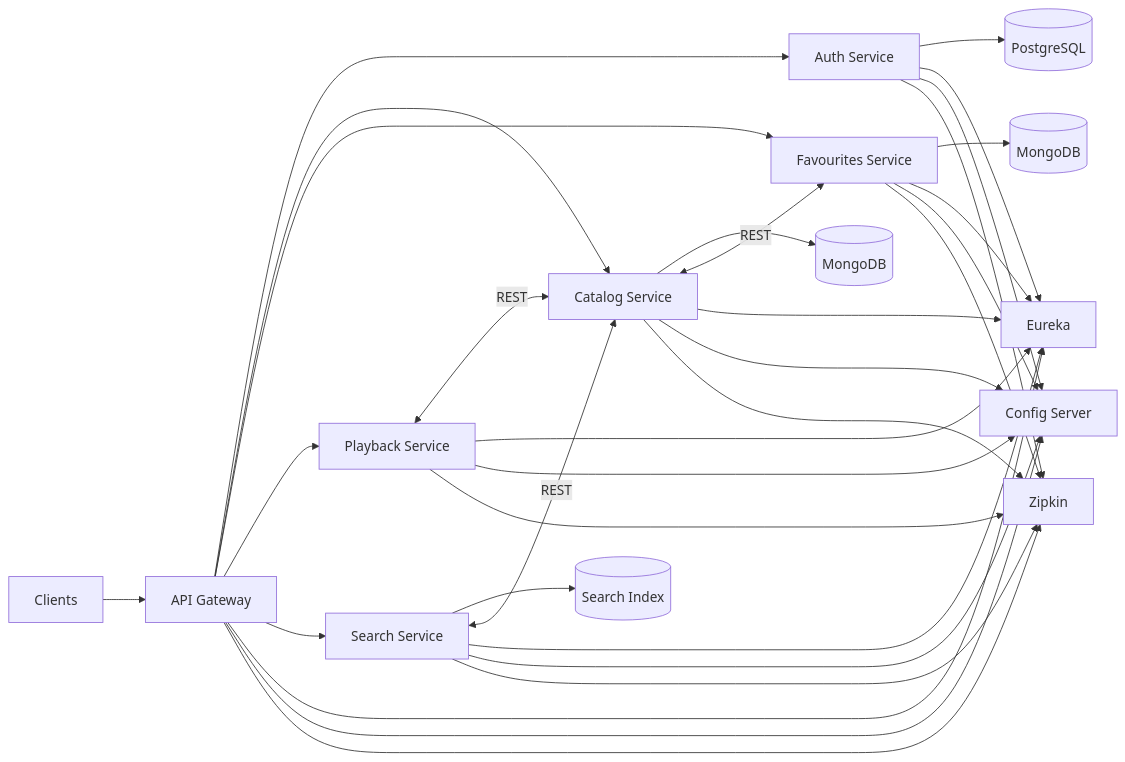
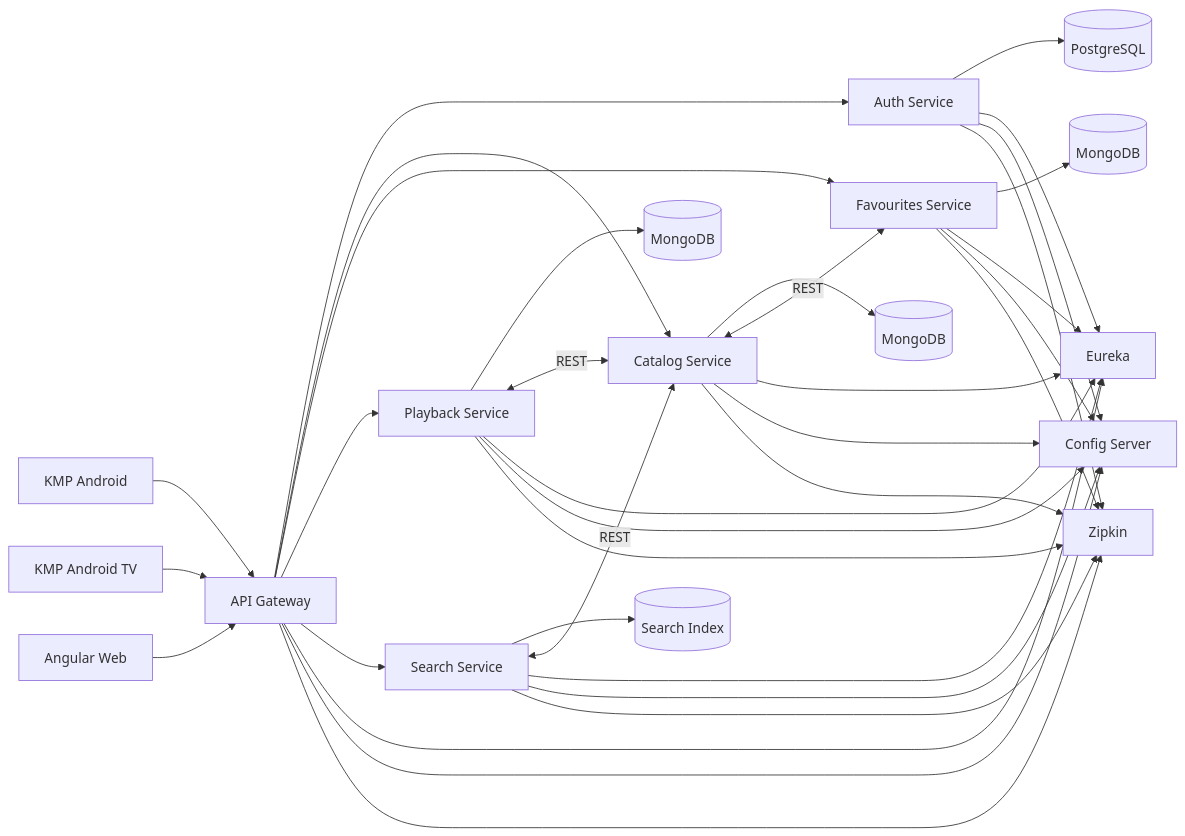
Before and after one commit to nikmasi/streaming-app-kmp: the diagram in README.md, drawn with Mermaid. The commit also changed 24 other files, not shown here.

````diff
--- a/README.md
+++ b/README.md
@@ -41,59 +41,66 @@
 ```mermaid
 flowchart LR
 
-    CLIENT[Clients]
+    ANDROID[KMP Android]
+    TV[KMP Android TV]
+    WEB[Angular Web]
+
     GATEWAY[API Gateway]
 
     AUTH[Auth Service]
     CATALOG[Catalog Service]
     FAV[Favourites Service]
     PLAYBACK[Playback Service]
     SEARCH[Search Service]
 
     PG[(PostgreSQL)]
     M1[(MongoDB)]
     M2[(MongoDB)]
     M3[(Search Index)]
+    M4[(MongoDB)]
 
     EUREKA[Eureka]
     CONFIG[Config Server]
     ZIPKIN[Zipkin]
 
-    CLIENT --> GATEWAY
+    ANDROID --> GATEWAY
+    TV --> GATEWAY
+    WEB --> GATEWAY
 
     GATEWAY --> AUTH
     GATEWAY --> CATALOG
     GATEWAY --> FAV
     GATEWAY --> PLAYBACK
     GATEWAY --> SEARCH
 
     AUTH --> PG
     CATALOG --> M1
     FAV --> M2
     SEARCH --> M3
+    PLAYBACK --> M4
 
     CATALOG <-- REST --> FAV
     PLAYBACK <-- REST --> CATALOG
     SEARCH <-- REST --> CATALOG
 
     AUTH --> EUREKA
     CATALOG --> EUREKA
     FAV --> EUREKA
     PLAYBACK --> EUREKA
     SEARCH --> EUREKA
     GATEWAY --> EUREKA
 
     AUTH --> CONFIG
     CATALOG --> CONFIG
     FAV --> CONFIG
     PLAYBACK --> CONFIG
     SEARCH --> CONFIG
     GATEWAY --> CONFIG
 
     AUTH --> ZIPKIN
     CATALOG --> ZIPKIN
     FAV --> ZIPKIN
     PLAYBACK --> ZIPKIN
     SEARCH --> ZIPKIN
     GATEWAY --> ZIPKIN
 ```
````
